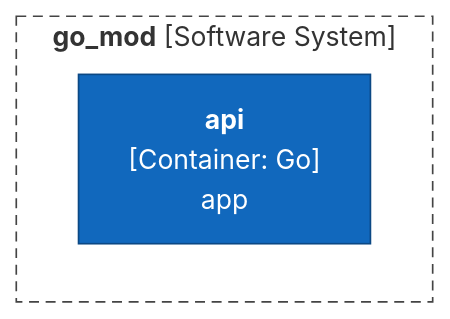
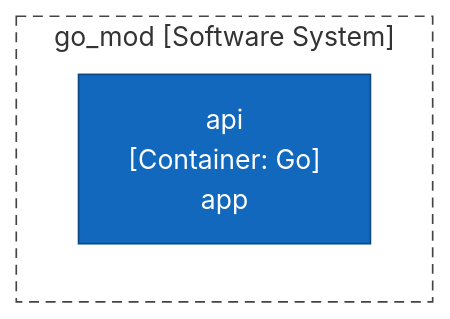
One commit to ythalorossy/architecture-skills changed the first of 3 diagrams in tests/golden/go_mod/output/ArchitectureReport.md. Above: the diagram before and after it, drawn with Mermaid. The commit also changed other lines of this file and 51 other files, not shown here.

First line of the commit message:
fix(render): plain diagram labels keep the characters in code names

````diff
--- a/tests/golden/go_mod/output/ArchitectureReport.md
+++ b/tests/golden/go_mod/output/ArchitectureReport.md
@@ -27,16 +27,14 @@
 ```mermaid
 flowchart TB
-    subgraph boundary["`**go_mod** [Software System]`"]
-        api["`**api**
-[Container: Go]
-app`"]
+    subgraph boundary["go_mod [Software System]"]
+        api["api<br/>[Container: Go]<br/>app"]
     end
     classDef person fill:#08427b,stroke:#052e56,color:#ffffff
     classDef container fill:#1168bd,stroke:#0b4884,color:#ffffff
     classDef system fill:#1168bd,stroke:#0b4884,color:#ffffff
     classDef component fill:#85bbf0,stroke:#5d82a8,color:#000000
     classDef external fill:#999999,stroke:#6b6b6b,color:#ffffff
     classDef shared fill:#dbe9f6,stroke:#5d82a8,color:#000000,stroke-dasharray:4 3
     class api container
     style boundary fill:none,stroke:#444444,stroke-dasharray:6 4
 ```
````
